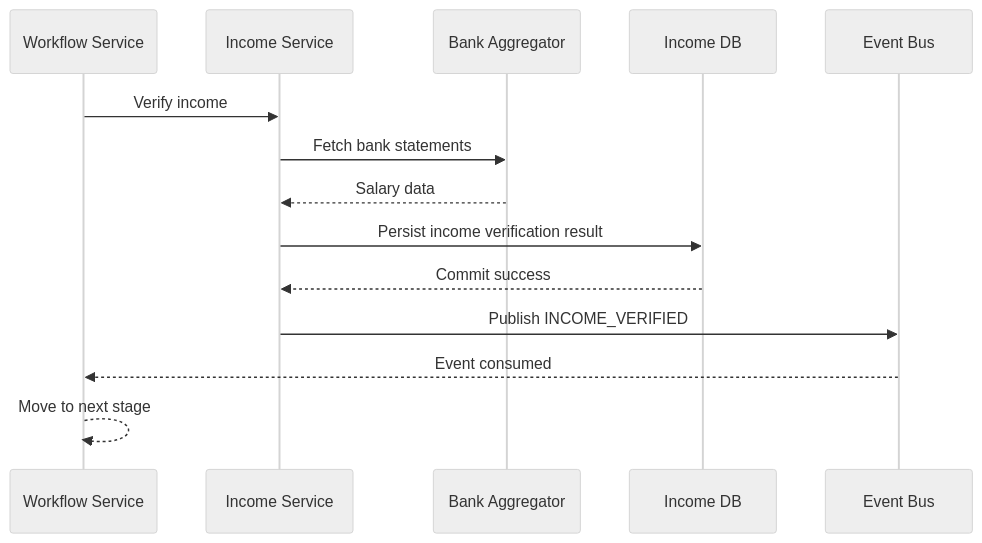
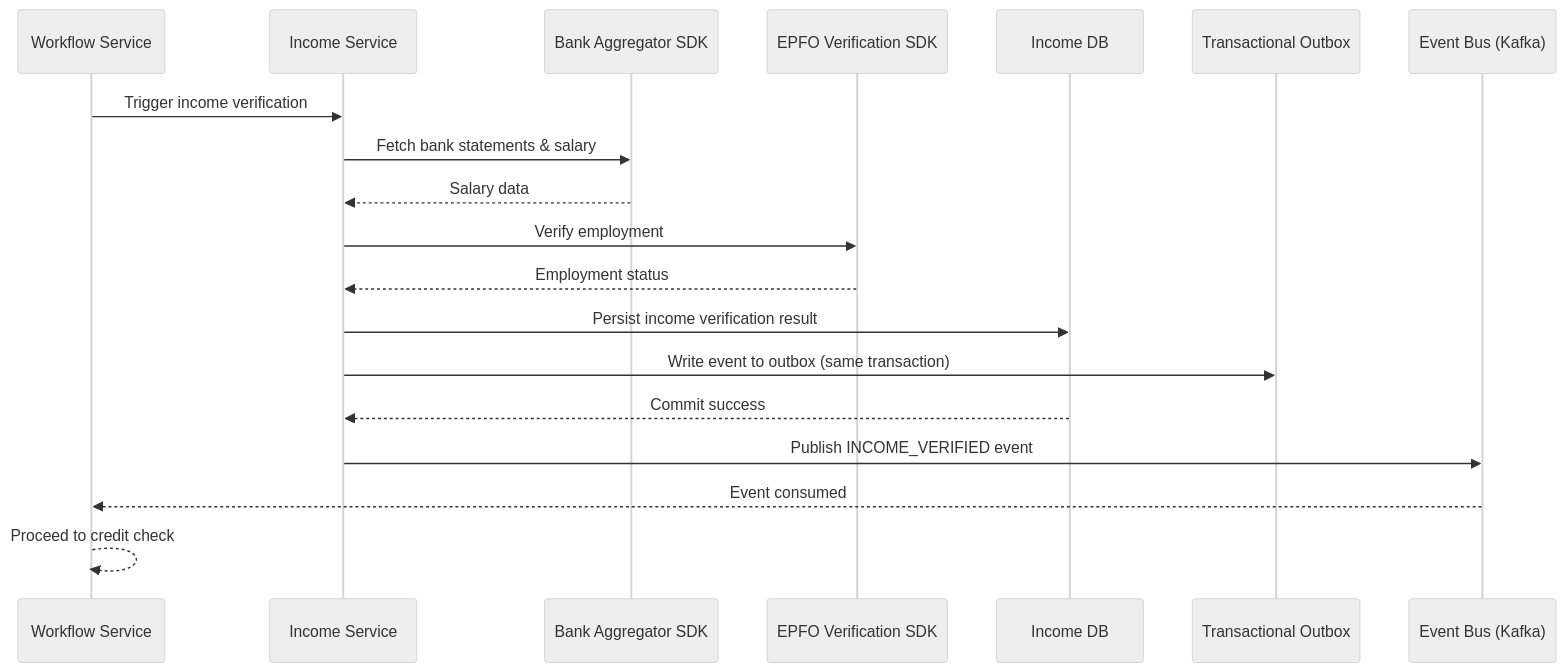
Before and after one commit to digital-loan-org/digital-loan-architecture: the diagram in docs/domain-design/diagrams/sequence/income-verification.mmd, drawn with Mermaid (neutral theme). The commit also changed 19 other files, not shown here.

Commit message:
Updated the architecture

```diff
--- a/docs/domain-design/diagrams/sequence/income-verification.mmd
+++ b/docs/domain-design/diagrams/sequence/income-verification.mmd
@@ -1,15 +1,20 @@
 sequenceDiagram
     participant WF as Workflow Service
     participant Income as Income Service
-    participant Bank as Bank Aggregator
+    participant Bank as Bank Aggregator SDK
+    participant EPFO as EPFO Verification SDK
     participant DB as Income DB
-    participant Kafka as Event Bus
+    participant Outbox as Transactional Outbox
+    participant Kafka as Event Bus (Kafka)
 
-    WF->>Income: Verify income
-    Income->>Bank: Fetch bank statements
+    WF->>Income: Trigger income verification
+    Income->>Bank: Fetch bank statements & salary
     Bank-->>Income: Salary data
+    Income->>EPFO: Verify employment
+    EPFO-->>Income: Employment status
     Income->>DB: Persist income verification result
+    Income->>Outbox: Write event to outbox (same transaction)
     DB-->>Income: Commit success
-    Income->>Kafka: Publish INCOME_VERIFIED
+    Income->>Kafka: Publish INCOME_VERIFIED event
     Kafka-->>WF: Event consumed
-    WF-->>WF: Move to next stage
+    WF-->>WF: Proceed to credit check
```
